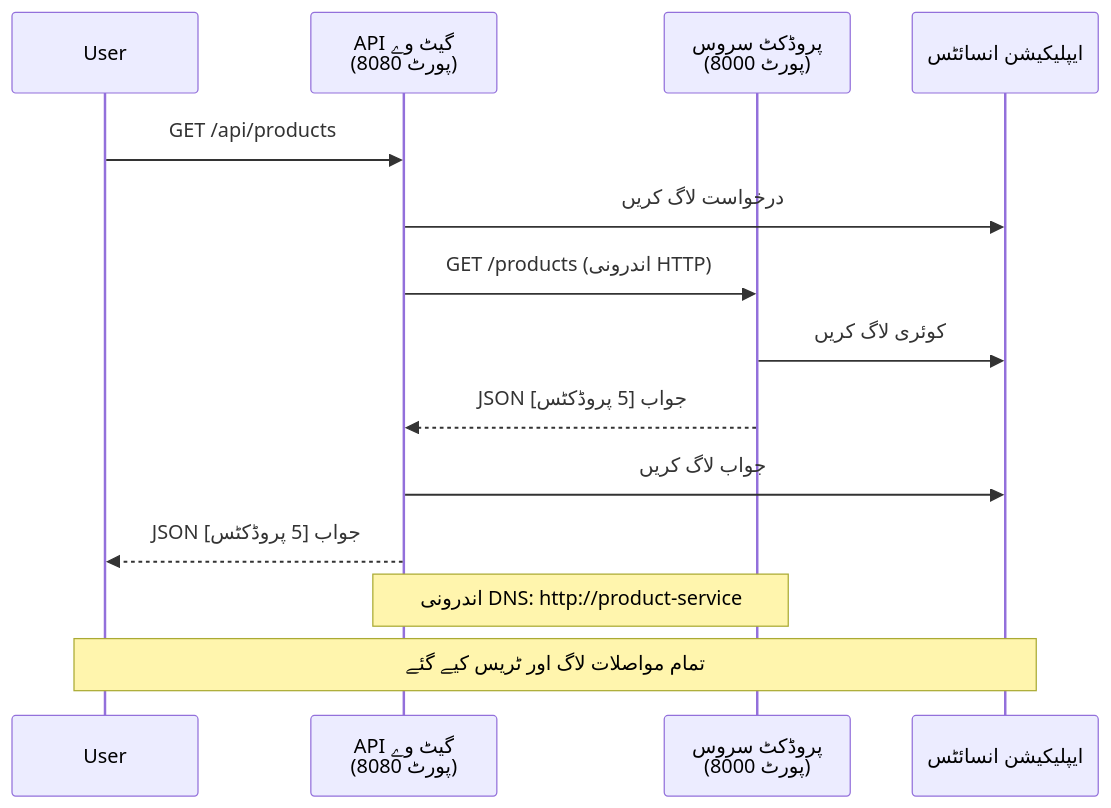
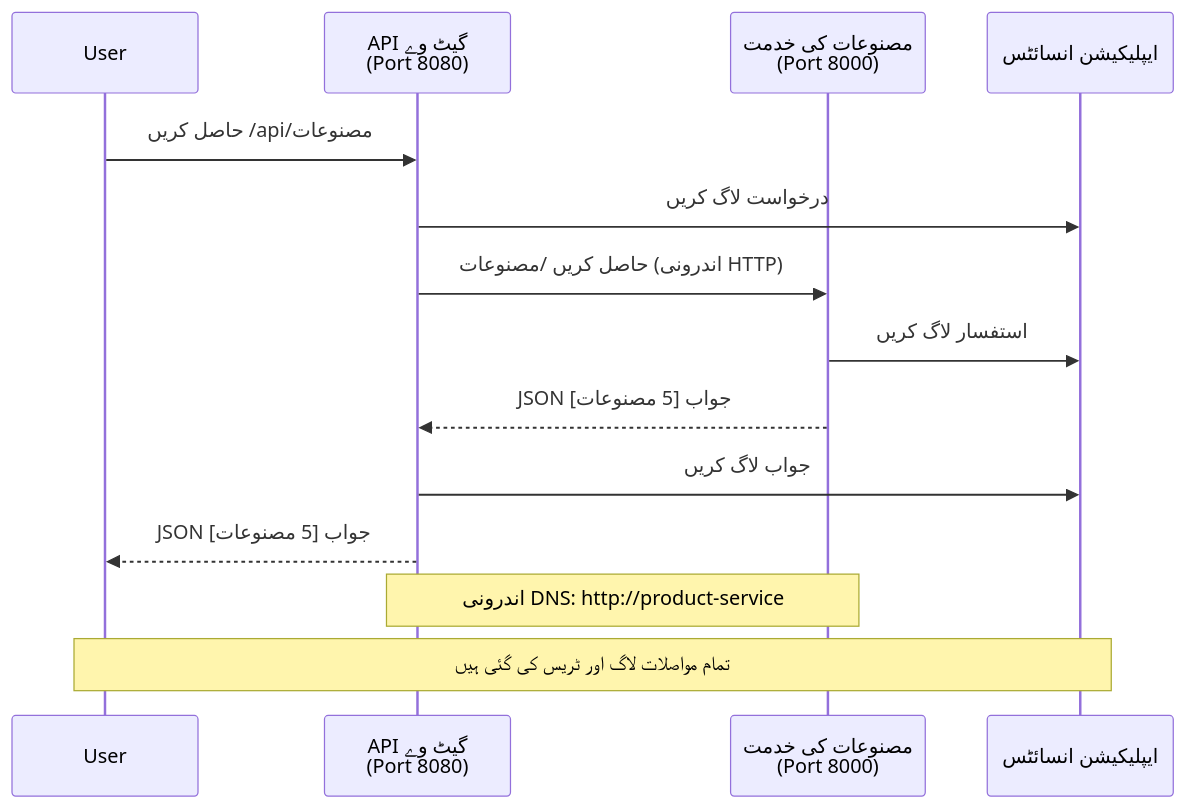
One commit to microsoft/AZD-for-beginners changed the fourth of 4 diagrams in translations/ur/examples/microservices/README.md. Above: the diagram before and after it, drawn with Mermaid. The commit also changed other lines of this file and 298 other files, not shown here.

````diff
--- a/translations/ur/examples/microservices/README.md
+++ b/translations/ur/examples/microservices/README.md
@@ -432,18 +423,18 @@
 ```mermaid
 sequenceDiagram
     participant User
-    participant Gateway as API گیٹ وے<br/>(پورٹ 8080)
-    participant Product as پروڈکٹ سروس<br/>(پورٹ 8000)
+    participant Gateway as API گیٹ وے<br/>(Port 8080)
+    participant Product as مصنوعات کی خدمت<br/>(Port 8000)
     participant AI as ایپلیکیشن انسائٹس
     
-    User->>Gateway: GET /api/products
+    User->>Gateway: حاصل کریں /api/مصنوعات
     Gateway->>AI: درخواست لاگ کریں
-    Gateway->>Product: GET /products (اندرونی HTTP)
-    Product->>AI: کوئری لاگ کریں
-    Product-->>Gateway: JSON جواب [5 پروڈکٹس]
+    Gateway->>Product: حاصل کریں /مصنوعات (اندرونی HTTP)
+    Product->>AI: استفسار لاگ کریں
+    Product-->>Gateway: JSON جواب [5 مصنوعات]
     Gateway->>AI: جواب لاگ کریں
-    Gateway-->>User: JSON جواب [5 پروڈکٹس]
+    Gateway-->>User: JSON جواب [5 مصنوعات]
     
     Note over Gateway,Product: اندرونی DNS: http://product-service
-    Note over User,AI: تمام مواصلات لاگ اور ٹریس کیے گئے
+    Note over User,AI: تمام مواصلات لاگ اور ٹریس کی گئی ہیں
 ```
````
